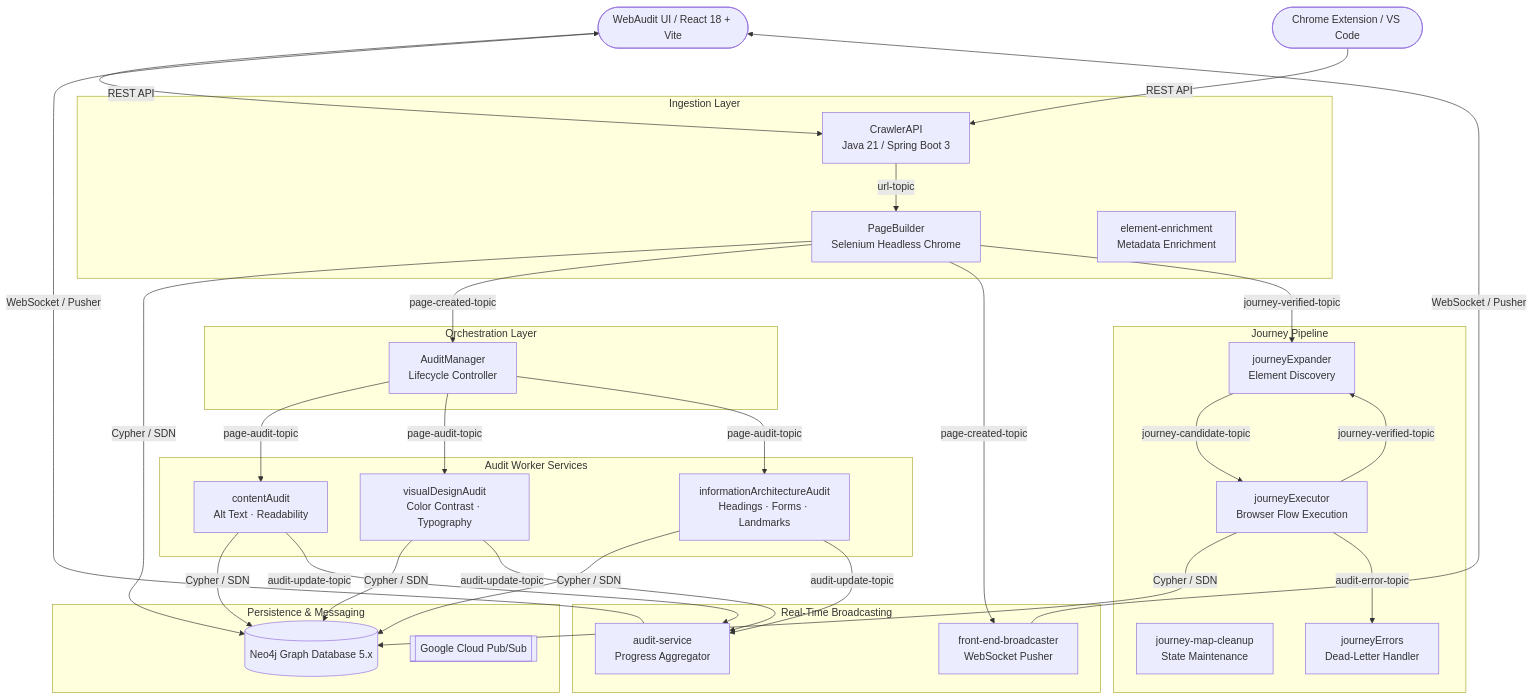
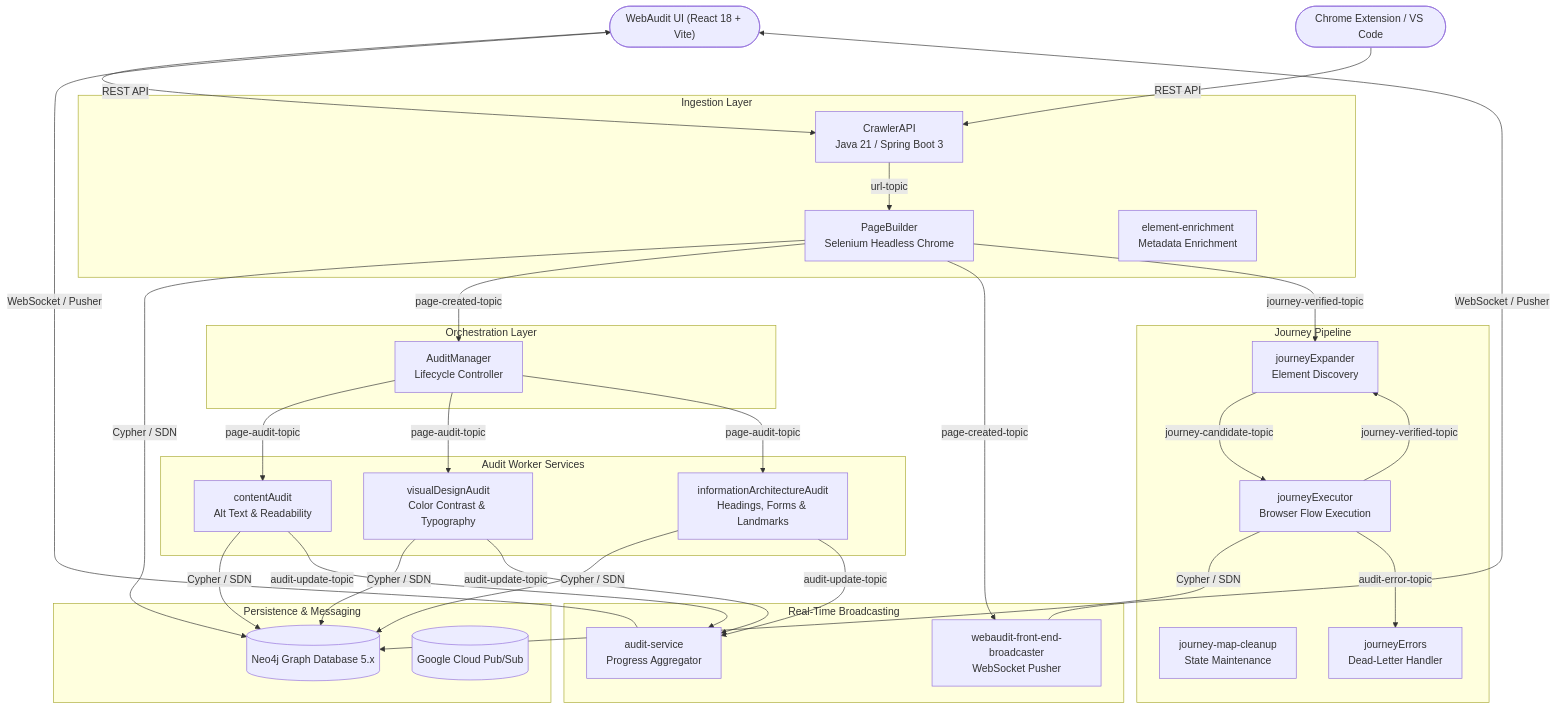
One commit to Akshgit17/WebAudit changed the first of 2 diagrams in README.md. Above: the diagram before and after it, drawn with Mermaid.

Commit message:
docs: fix Mermaid architecture diagram syntax for GitHub rendering

````diff
--- a/README.md
+++ b/README.md
@@ -116,66 +116,66 @@
 ```mermaid
 flowchart TD
-    UI([WebAudit UI / React 18 + Vite])
-    EXT([Chrome Extension / VS Code])
+    UI(["WebAudit UI (React 18 + Vite)"])
+    EXT(["Chrome Extension / VS Code"])
 
     subgraph Ingestion["Ingestion Layer"]
-        API[CrawlerAPI<br/>Java 21 / Spring Boot 3]
-        PB[PageBuilder<br/>Selenium Headless Chrome]
-        EE[element-enrichment<br/>Metadata Enrichment]
+        API["CrawlerAPI<br/>Java 21 / Spring Boot 3"]
+        PB["PageBuilder<br/>Selenium Headless Chrome"]
+        EE["element-enrichment<br/>Metadata Enrichment"]
     end
 
     subgraph Orchestration["Orchestration Layer"]
-        AM[AuditManager<br/>Lifecycle Controller]
+        AM["AuditManager<br/>Lifecycle Controller"]
     end
 
     subgraph Workers["Audit Worker Services"]
-        CA["contentAudit<br/>Alt Text · Readability"]
-        VD["visualDesignAudit<br/>Color Contrast · Typography"]
-        IA["informationArchitectureAudit<br/>Headings · Forms · Landmarks"]
+        CA["contentAudit<br/>Alt Text & Readability"]
+        VD["visualDesignAudit<br/>Color Contrast & Typography"]
+        IA["informationArchitectureAudit<br/>Headings, Forms & Landmarks"]
     end
 
     subgraph Journey["Journey Pipeline"]
-        JX[journeyExpander<br/>Element Discovery]
-        JE[journeyExecutor<br/>Browser Flow Execution]
-        JC[journey-map-cleanup<br/>State Maintenance]
-        DL[journeyErrors<br/>Dead-Letter Handler]
+        JX["journeyExpander<br/>Element Discovery"]
+        JE["journeyExecutor<br/>Browser Flow Execution"]
+        JC["journey-map-cleanup<br/>State Maintenance"]
+        DL["journeyErrors<br/>Dead-Letter Handler"]
     end
 
     subgraph Storage["Persistence & Messaging"]
-        NEO[(Neo4j Graph Database 5.x)]
-        PS[[Google Cloud Pub/Sub]]
+        NEO[("Neo4j Graph Database 5.x")]
+        PS[("Google Cloud Pub/Sub")]
     end
 
     subgraph RealTime["Real-Time Broadcasting"]
-        AS[audit-service<br/>Progress Aggregator]
-        BC[front-end-broadcaster<br/>WebSocket Pusher]
+        AS["audit-service<br/>Progress Aggregator"]
+        BC["webaudit-front-end-broadcaster<br/>WebSocket Pusher"]
     end
 
-    UI -->|REST API| API
-    EXT -->|REST API| API
-    API -->|url-topic| PB
-    PB -->|Cypher / SDN| NEO
-    PB -->|page-created-topic| AM
-    PB -->|page-created-topic| BC
-    PB -->|journey-verified-topic| JX
+    UI -->|"REST API"| API
+    EXT -->|"REST API"| API
+    API -->|"url-topic"| PB
+    PB -->|"Cypher / SDN"| NEO
+    PB -->|"page-created-topic"| AM
+    PB -->|"page-created-topic"| BC
+    PB -->|"journey-verified-topic"| JX
 
-    AM -->|page-audit-topic| CA
-    AM -->|page-audit-topic| VD
-    AM -->|page-audit-topic| IA
+    AM -->|"page-audit-topic"| CA
+    AM -->|"page-audit-topic"| VD
+    AM -->|"page-audit-topic"| IA
 
-    CA -->|Cypher / SDN| NEO
-    VD -->|Cypher / SDN| NEO
-    IA -->|Cypher / SDN| NEO
+    CA -->|"Cypher / SDN"| NEO
+    VD -->|"Cypher / SDN"| NEO
+    IA -->|"Cypher / SDN"| NEO
 
-    CA -->|audit-update-topic| AS
-    VD -->|audit-update-topic| AS
-    IA -->|audit-update-topic| AS
+    CA -->|"audit-update-topic"| AS
+    VD -->|"audit-update-topic"| AS
+    IA -->|"audit-update-topic"| AS
 
-    JX -->|journey-candidate-topic| JE
-    JE -->|journey-verified-topic| JX
-    JE -->|Cypher / SDN| NEO
-    JE -->|audit-error-topic| DL
+    JX -->|"journey-candidate-topic"| JE
+    JE -->|"journey-verified-topic"| JX
+    JE -->|"Cypher / SDN"| NEO
+    JE -->|"audit-error-topic"| DL
 
-    AS -->|WebSocket / Pusher| UI
-    BC -->|WebSocket / Pusher| UI
+    AS -->|"WebSocket / Pusher"| UI
+    BC -->|"WebSocket / Pusher"| UI
 ```
````
